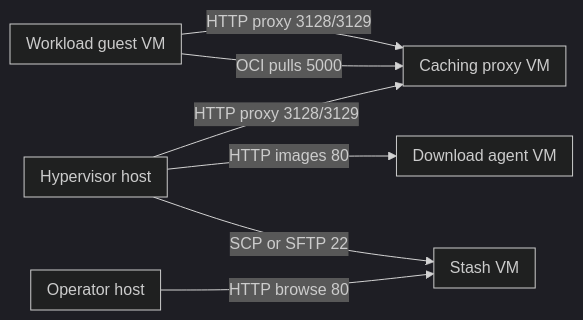
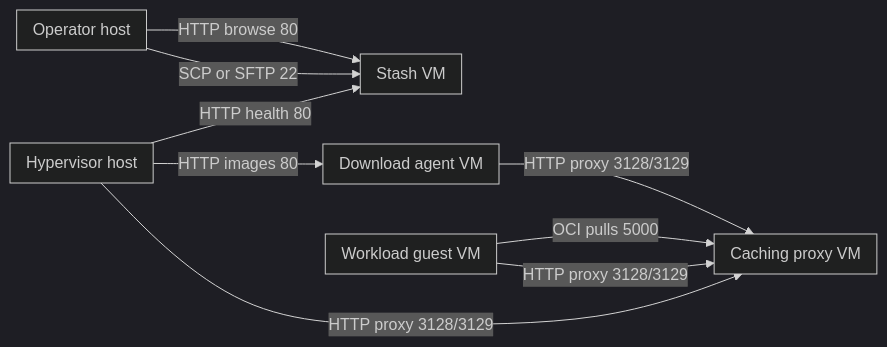
The second of 9 diagrams in docs/design/06-deployment.md (alissonsol/yuruna), drawn with Mermaid (dark theme) before and after one commit. The commit also changed other lines of this file and 1409 other files, not shown here.

````diff
--- a/docs/design/06-deployment.md
+++ b/docs/design/06-deployment.md
@@ -53,21 +55,23 @@
 ```mermaid
 flowchart LR
     subgraph operator-host["Operator host"]
     end
     subgraph host["Hypervisor host"]
     end
     subgraph guest["Workload guest VM"]
     end
     subgraph caching-proxy-service["Caching proxy VM"]
     end
     subgraph download-agent-service["Download agent VM"]
     end
     subgraph stash-service["Stash VM"]
     end
     host -->|HTTP proxy 3128/3129| caching-proxy-service
     guest -->|HTTP proxy 3128/3129| caching-proxy-service
     guest -->|OCI pulls 5000| caching-proxy-service
     host -->|HTTP images 80| download-agent-service
-    host -->|SCP or SFTP 22| stash-service
+    download-agent-service -->|HTTP proxy 3128/3129| caching-proxy-service
+    host -->|HTTP health 80| stash-service
+    operator-host -->|SCP or SFTP 22| stash-service
     operator-host -->|HTTP browse 80| stash-service
 ```
````
